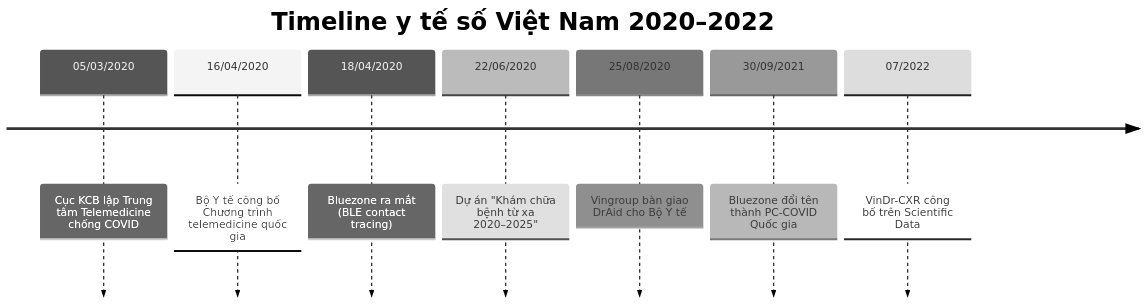
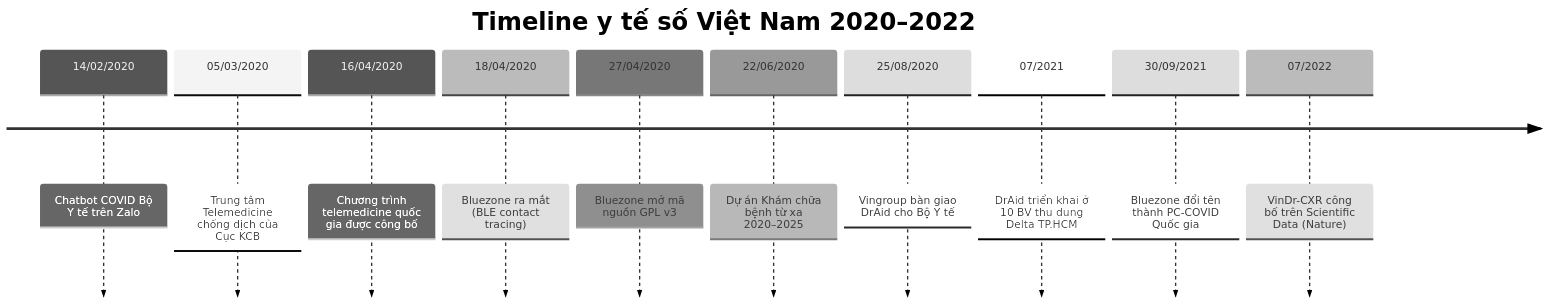
The first of 2 diagrams in content/chapters/01-hau-covid.md (darkbaronuk/ai-yte-handbook), drawn with Mermaid (neutral theme) before and after one commit. The commit also changed other lines of this file and 9 other files, not shown here.

````diff
--- a/content/chapters/01-hau-covid.md
+++ b/content/chapters/01-hau-covid.md
@@ -21,11 +33,14 @@
 ```mermaid
 timeline
     title Timeline y tế số Việt Nam 2020–2022
-    05/03/2020 : Cục KCB lập Trung tâm Telemedicine chống COVID
-    16/04/2020 : Bộ Y tế công bố Chương trình telemedicine quốc gia
+    14/02/2020 : Chatbot COVID Bộ Y tế trên Zalo
+    05/03/2020 : Trung tâm Telemedicine chống dịch của Cục KCB
+    16/04/2020 : Chương trình telemedicine quốc gia được công bố
     18/04/2020 : Bluezone ra mắt (BLE contact tracing)
-    22/06/2020 : Dự án "Khám chữa bệnh từ xa 2020–2025"
+    27/04/2020 : Bluezone mở mã nguồn GPL v3
+    22/06/2020 : Dự án Khám chữa bệnh từ xa 2020–2025
     25/08/2020 : Vingroup bàn giao DrAid cho Bộ Y tế
+    07/2021 : DrAid triển khai ở 10 BV thu dung Delta TP.HCM
     30/09/2021 : Bluezone đổi tên thành PC-COVID Quốc gia
-    07/2022 : VinDr-CXR công bố trên Scientific Data
+    07/2022 : VinDr-CXR công bố trên Scientific Data (Nature)
 ```
````
